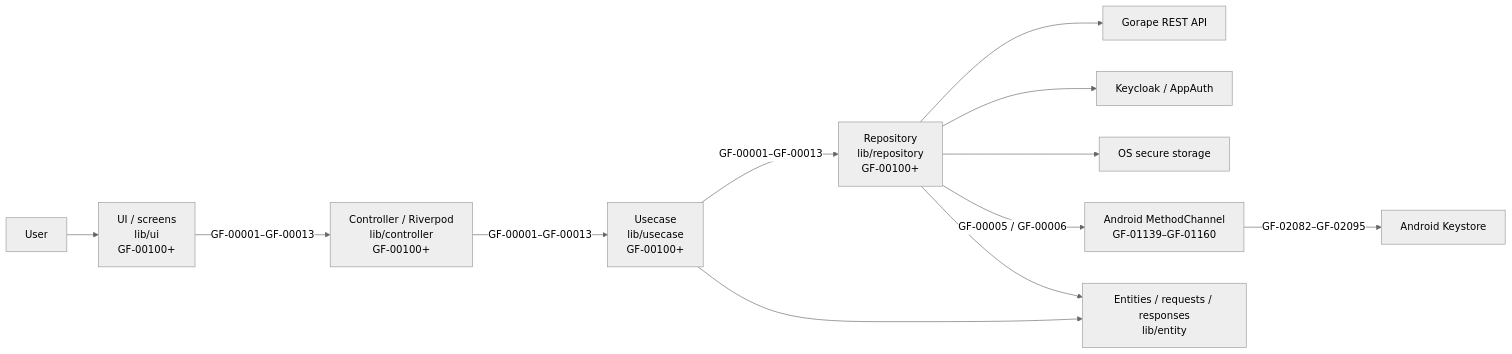
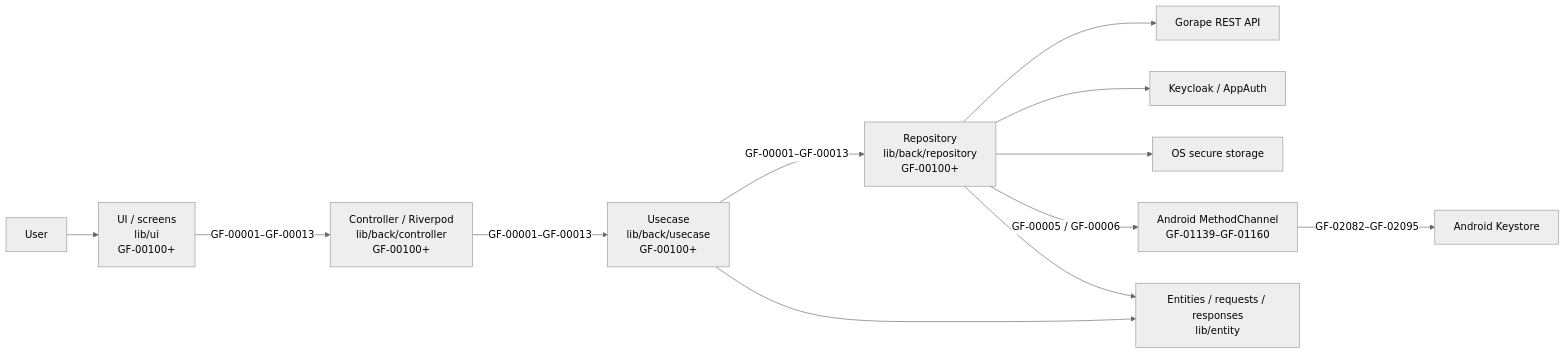
Before and after one commit to GorapeFlutter/gf-app: the first of 8 diagrams in docs/en/ARCHITECTURE.md, drawn with Mermaid (neutral theme). The commit also changed other lines of this file and 155 other files, not shown here.

````diff
--- a/docs/en/ARCHITECTURE.md
+++ b/docs/en/ARCHITECTURE.md
@@ -16,14 +16,14 @@
 ```mermaid
 flowchart LR
     User[User] --> UI[UI / screens<br/>lib/ui<br/>GF-00100+]
-    UI -->|GF-00001–GF-00013| Controller[Controller / Riverpod<br/>lib/controller<br/>GF-00100+]
-    Controller -->|GF-00001–GF-00013| Usecase[Usecase<br/>lib/usecase<br/>GF-00100+]
-    Usecase -->|GF-00001–GF-00013| Repository[Repository<br/>lib/repository<br/>GF-00100+]
+    UI -->|GF-00001–GF-00013| Controller[Controller / Riverpod<br/>lib/back/controller<br/>GF-00100+]
+    Controller -->|GF-00001–GF-00013| Usecase[Usecase<br/>lib/back/usecase<br/>GF-00100+]
+    Usecase -->|GF-00001–GF-00013| Repository[Repository<br/>lib/back/repository<br/>GF-00100+]
     Repository --> API[Gorape REST API]
     Repository --> OIDC[Keycloak / AppAuth]
     Repository --> Secure[OS secure storage]
     Repository -->|GF-00005 / GF-00006| Native[Android MethodChannel<br/>GF-01139–GF-01160]
     Native -->|GF-02082–GF-02095| Keystore[Android Keystore]
     Usecase --> Entity[Entities / requests / responses<br/>lib/entity]
     Repository --> Entity
 ```
````
